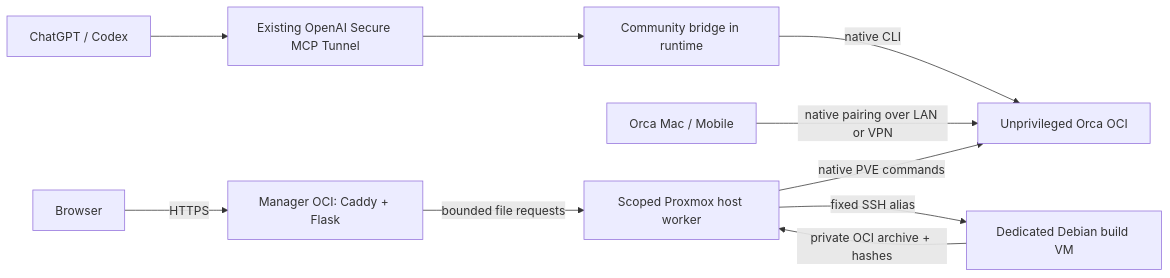
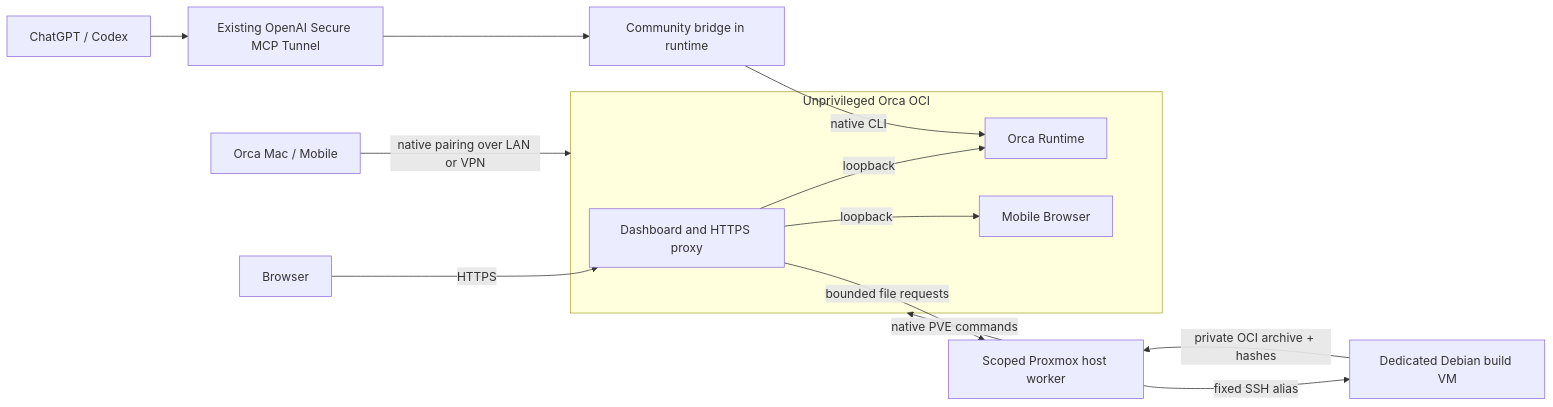
Before and after one commit to geco91/orca-server-manager: the diagram in docs/ARCHITECTURE.md, drawn with Mermaid. The commit also changed other lines of this file and 24 other files, not shown here.

Commit message:
Package the dashboard, Orca runtime and browser in one container

````diff
--- a/docs/ARCHITECTURE.md
+++ b/docs/ARCHITECTURE.md
@@ -6,12 +6,19 @@
 ```mermaid
 flowchart LR
-  Browser -->|HTTPS| Manager[Manager OCI: Caddy + Flask]
+  subgraph App[Unprivileged Orca OCI]
+    Manager[Dashboard and HTTPS proxy]
+    Runtime[Orca Runtime]
+    Preview[Mobile Browser]
+    Manager -->|loopback| Runtime
+    Manager -->|loopback| Preview
+  end
+  Browser -->|HTTPS| Manager
   Manager -->|bounded file requests| Worker[Scoped Proxmox host worker]
-  Worker -->|native PVE commands| Runtime[Unprivileged Orca OCI]
+  Worker -->|native PVE commands| App
   Worker -->|fixed SSH alias| Builder[Dedicated Debian build VM]
   Builder -->|private OCI archive + hashes| Worker
-  Client[Orca Mac / Mobile] -->|native pairing over LAN or VPN| Runtime
+  Client[Orca Mac / Mobile] -->|native pairing over LAN or VPN| App
   Coordinator[ChatGPT / Codex] --> Tunnel[Existing OpenAI Secure MCP Tunnel]
   Tunnel --> Bridge[Community bridge in runtime]
   Bridge -->|native CLI| Runtime
 ```
````
